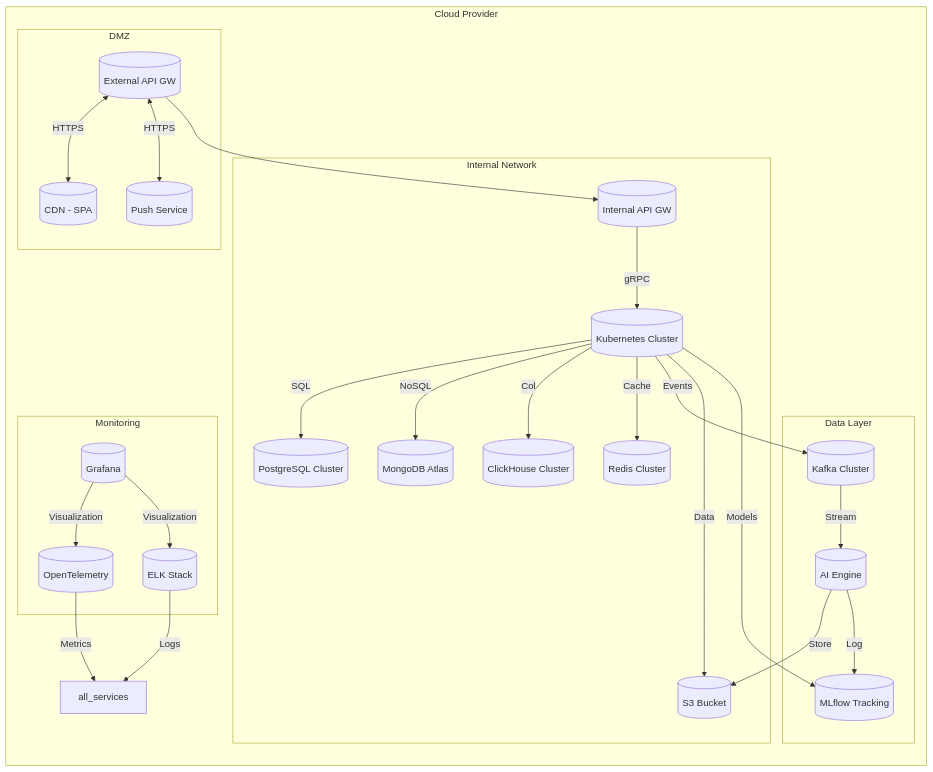
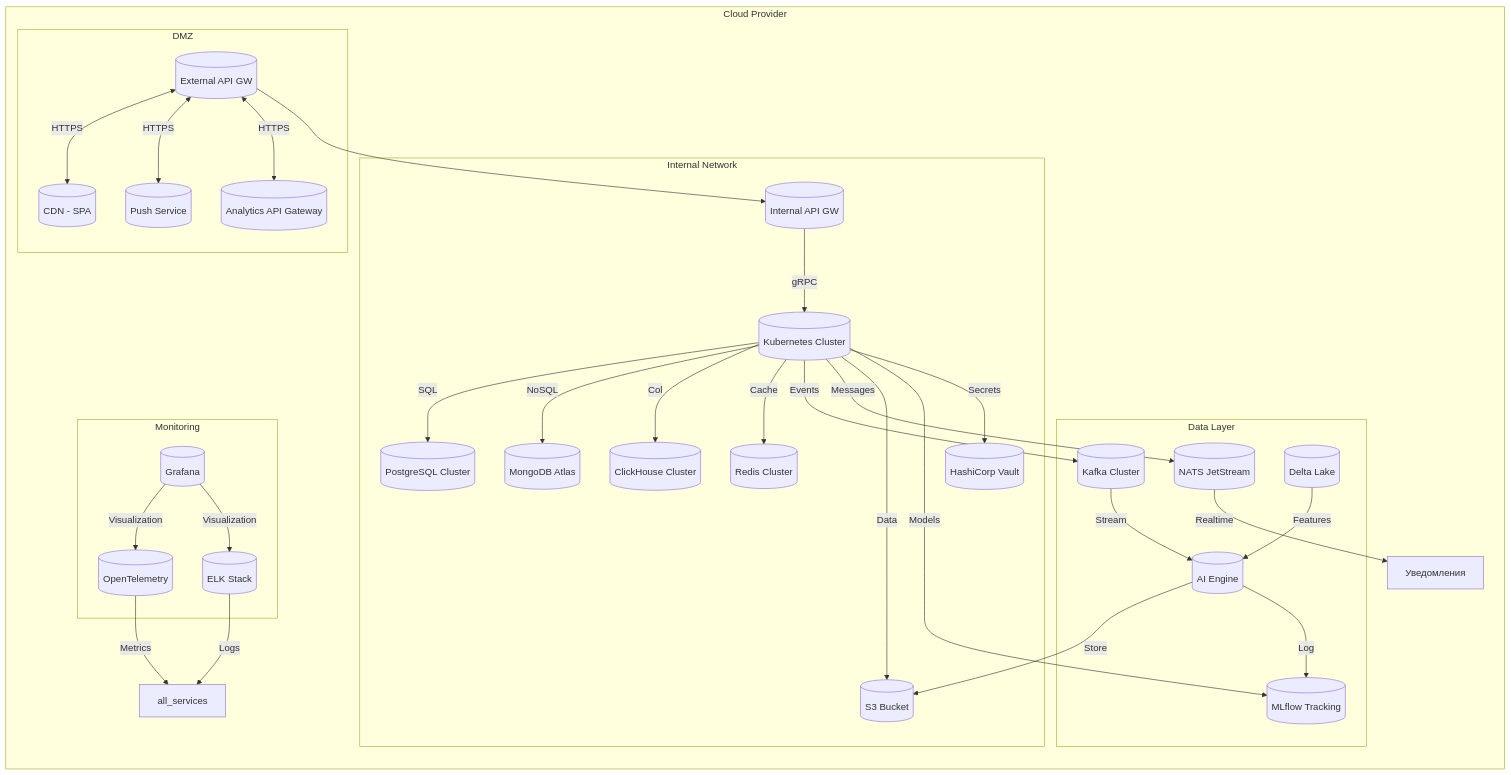
Before and after one commit to andreyantropov/architect-coursework: the diagram in architecture/basic-presentations/infrastracture-representation.md, drawn with Mermaid. The commit also changed other lines of this file and 17 other files, not shown here.

````diff
--- a/architecture/basic-presentations/infrastracture-representation.md
+++ b/architecture/basic-presentations/infrastracture-representation.md
@@ -3,51 +3,59 @@
 ```mermaid
 graph LR
     subgraph Cloud Provider
         subgraph DMZ
             ext_api[(External API GW)]
             cdn[(CDN - SPA)]
             push_svc[(Push Service)]
+            analytics_gw[(Analytics API Gateway)]
         end
 
         subgraph Internal Network
             int_api[(Internal API GW)]
-            k8s[(Kubernetes Cluster)]
-            db[(PostgreSQL Cluster)]
+            k8s_workers[(Kubernetes Cluster)]
+            db_postgres[(PostgreSQL Cluster)]
             mongo[(MongoDB Atlas)]
             clickhouse[(ClickHouse Cluster)]
             redis[(Redis Cluster)]
             s3[(S3 Bucket)]
+            vault[(HashiCorp Vault)]
         end
 
         subgraph Data Layer
             kafka[(Kafka Cluster)]
+            nats_js[(NATS JetStream)]
             ai_engine[(AI Engine)]
             mlflow[(MLflow Tracking)]
+            delta_lake[(Delta Lake)]
         end
 
         subgraph Monitoring
             otel[(OpenTelemetry)]
             grafana[(Grafana)]
             elk[(ELK Stack)]
         end
 
-        ext_api <-->|HTTPS| cdn & push_svc
+        ext_api <-->|HTTPS| cdn & push_svc & analytics_gw
         ext_api --> int_api
-        int_api -->|gRPC| k8s
-        k8s -->|SQL| db
-        k8s -->|NoSQL| mongo
-        k8s -->|Col| clickhouse
-        k8s -->|Cache| redis
-        k8s -->|Events| kafka
-        k8s -->|Data| s3
-        k8s -->|Models| mlflow
+        int_api -->|gRPC| k8s_workers
+        k8s_workers -->|SQL| db_postgres
+        k8s_workers -->|NoSQL| mongo
+        k8s_workers -->|Col| clickhouse
+        k8s_workers -->|Cache| redis
+        k8s_workers -->|Events| kafka
+        k8s_workers -->|Messages| nats_js
+        k8s_workers -->|Data| s3
+        k8s_workers -->|Models| mlflow
+        k8s_workers -->|Secrets| vault
 
         kafka -->|Stream| ai_engine
+        nats_js -->|Realtime| H[Уведомления]
         ai_engine -->|Store| s3
         ai_engine -->|Log| mlflow
+        delta_lake -->|Features| ai_engine
 
         otel -->|Metrics| all_services
         elk -->|Logs| all_services
         grafana -->|Visualization| otel & elk
     end
 ```
````
